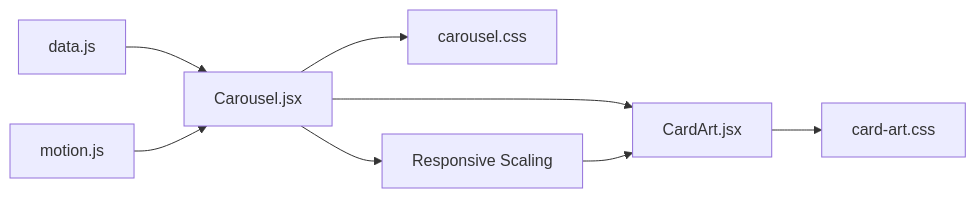
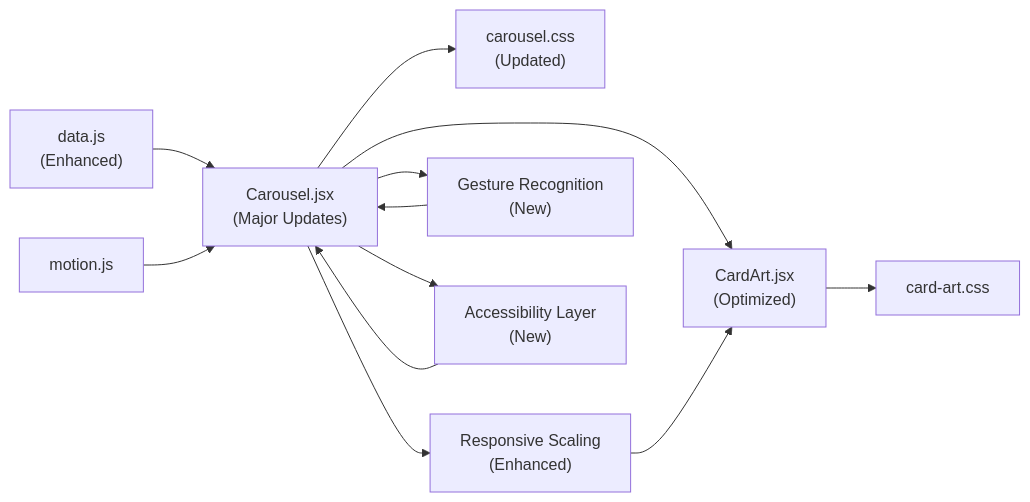
Before and after one commit to Theja4/podiummomentum: the third of 3 diagrams in .qoder/repowiki/en/content/Component Architecture/Landing Page Components/Carousel Components.md, drawn with Mermaid. The commit also changed other lines of this file and 22 other files, not shown here.

````diff
--- a/.qoder/repowiki/en/content/Component Architecture/Landing Page Components/Carousel Components.md
+++ b/.qoder/repowiki/en/content/Component Architecture/Landing Page Components/Carousel Components.md
@@ -230,10 +256,14 @@
 ```mermaid
 graph LR
-DATA["data.js"] --> CAR["Carousel.jsx"]
+DATA["data.js<br/>(Enhanced)"] --> CAR["Carousel.jsx<br/>(Major Updates)"]
 MOT["motion.js"] --> CAR
-CAR --> CARD["CardArt.jsx"]
-CAR --> CCS["carousel.css"]
+CAR --> CARD["CardArt.jsx<br/>(Optimized)"]
+CAR --> CCS["carousel.css<br/>(Updated)"]
 CARD --> CACSS["card-art.css"]
-CAR --> SCALE["Responsive Scaling"]
+CAR --> SCALE["Responsive Scaling<br/>(Enhanced)"]
+CAR --> GESTURE["Gesture Recognition<br/>(New)"]
+CAR --> A11Y["Accessibility Layer<br/>(New)"]
 SCALE --> CARD
+GESTURE --> CAR
+A11Y --> CAR
 ```
````
